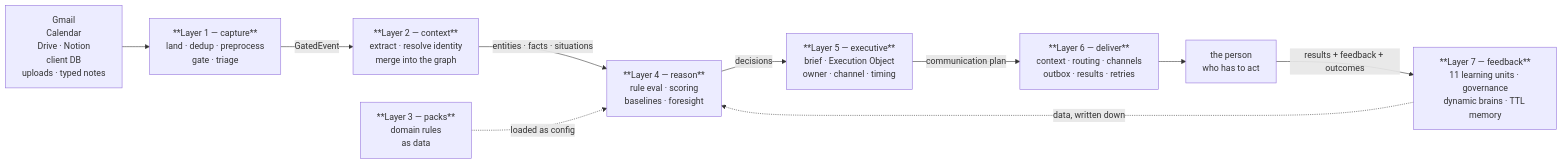
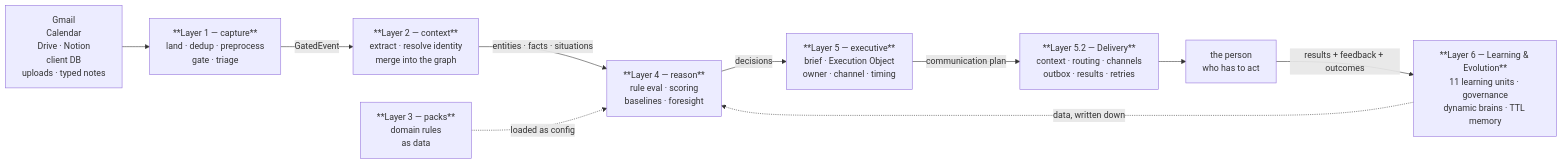
One commit to themoronss/genios-brain changed the second of 2 diagrams in System Design/README.md. Above: the diagram before and after it, drawn with Mermaid. The commit also changed other lines of this file and 316 other files, not shown here.

````diff
--- a/System Design/README.md
+++ b/System Design/README.md
@@ -74,26 +75,26 @@
 ```mermaid
 flowchart LR
     src["Gmail<br/>Calendar<br/>Drive · Notion<br/>client DB<br/>uploads · typed notes"]
     src --> L1
 
     L1["**Layer 1 — capture**<br/>land · dedup · preprocess<br/>gate · triage"]
     L1 -- "GatedEvent" --> L2
 
     L2["**Layer 2 — context**<br/>extract · resolve identity<br/>merge into the graph"]
     L2 -- "entities · facts · situations" --> L4
 
     L3["**Layer 3 — packs**<br/>domain rules<br/>as data"]
     L3 -. "loaded as config" .-> L4
 
     L4["**Layer 4 — reason**<br/>rule eval · scoring<br/>baselines · foresight"]
     L4 -- "decisions" --> L5
 
     L5["**Layer 5 — executive**<br/>brief · Execution Object<br/>owner · channel · timing"]
-    L5 -- "communication plan" --> L6
+    L5 -- "communication plan" --> L52
 
-    L6["**Layer 6 — deliver**<br/>context · routing · channels<br/>outbox · results · retries"]
-    L6 --> out["the person<br/>who has to act"]
+    L52["**Layer 5.2 — Delivery**<br/>context · routing · channels<br/>outbox · results · retries"]
+    L52 --> out["the person<br/>who has to act"]
 
-    out -- "results + feedback + outcomes" --> L7["**Layer 7 — feedback**<br/>11 learning units · governance<br/>dynamic brains · TTL memory"]
-    L7 -. "data, written down" .-> L4
+    out -- "results + feedback + outcomes" --> L6["**Layer 6 — Learning & Evolution**<br/>11 learning units · governance<br/>dynamic brains · TTL memory"]
+    L6 -. "data, written down" .-> L4
 ```
````
